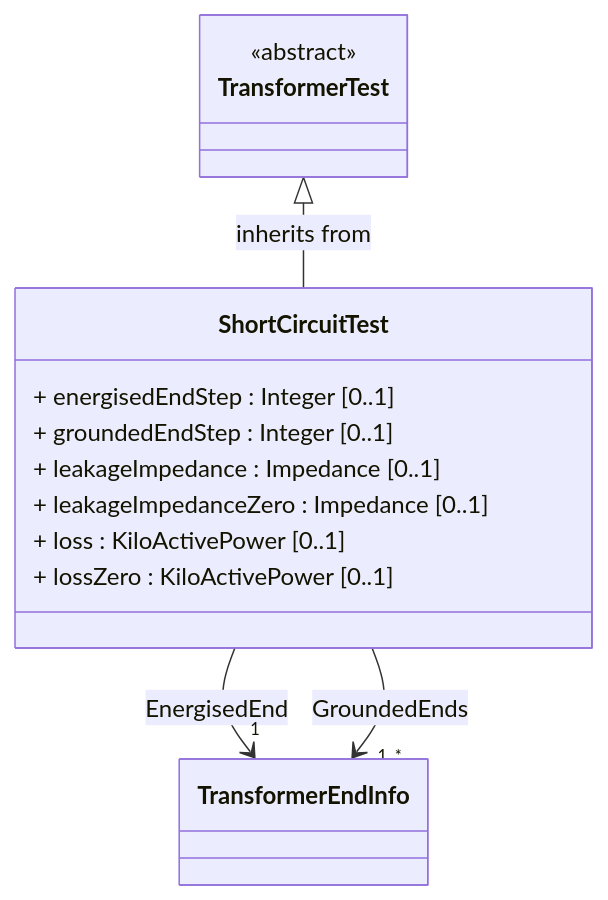
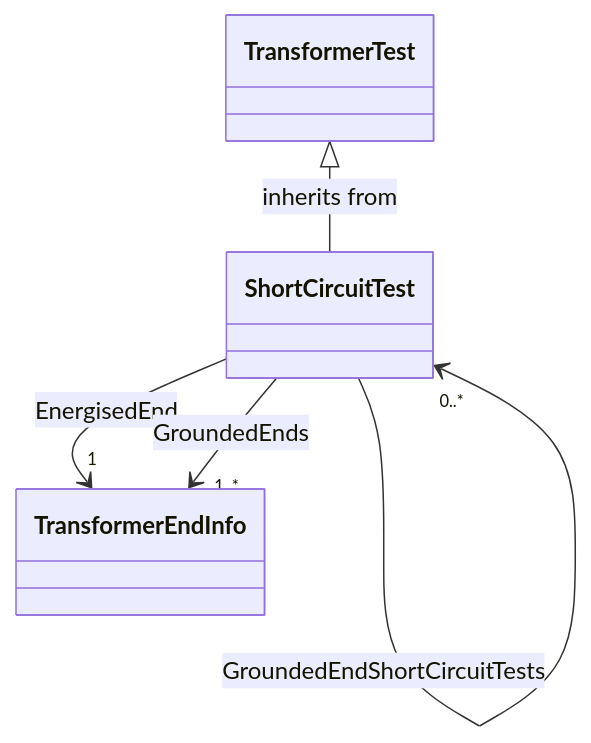
The fourth of 14 diagrams in cimgraph/data_profile/cim18gmdm/asset/Asset.rdfs-t2b.md (PNNL-CIM-Tools/CIM-Graph), drawn with Mermaid before and after one commit. The commit also changed other lines of this file and 4 other files, not shown here.

````diff
--- a/cimgraph/data_profile/cim18gmdm/asset/Asset.rdfs-t2b.md
+++ b/cimgraph/data_profile/cim18gmdm/asset/Asset.rdfs-t2b.md
@@ -215,27 +234,10 @@
 ```mermaid
 classDiagram
-direction TB
-
-class ShortCircuitTest {
-+ energisedEndStep : Integer [0..1]
-+ groundedEndStep : Integer [0..1]
-+ leakageImpedance : Impedance [0..1]
-+ leakageImpedanceZero : Impedance [0..1]
-+ loss : KiloActivePower [0..1]
-+ lossZero : KiloActivePower [0..1]
+class ShortCircuitTest{
 }
-
-class TransformerTest {
-<<abstract>>
-}
-
 TransformerTest <|-- ShortCircuitTest : inherits from
-class TransformerEndInfo {
-}
-
 ShortCircuitTest --> "1" TransformerEndInfo : EnergisedEnd
-class TransformerEndInfo {
-}
-
 ShortCircuitTest --> "1..*" TransformerEndInfo : GroundedEnds
+ShortCircuitTest --> "0..*" ShortCircuitTest : EnergisedEndShortCircuitTests
+ShortCircuitTest --> "0..*" ShortCircuitTest : GroundedEndShortCircuitTests
 ```
````
